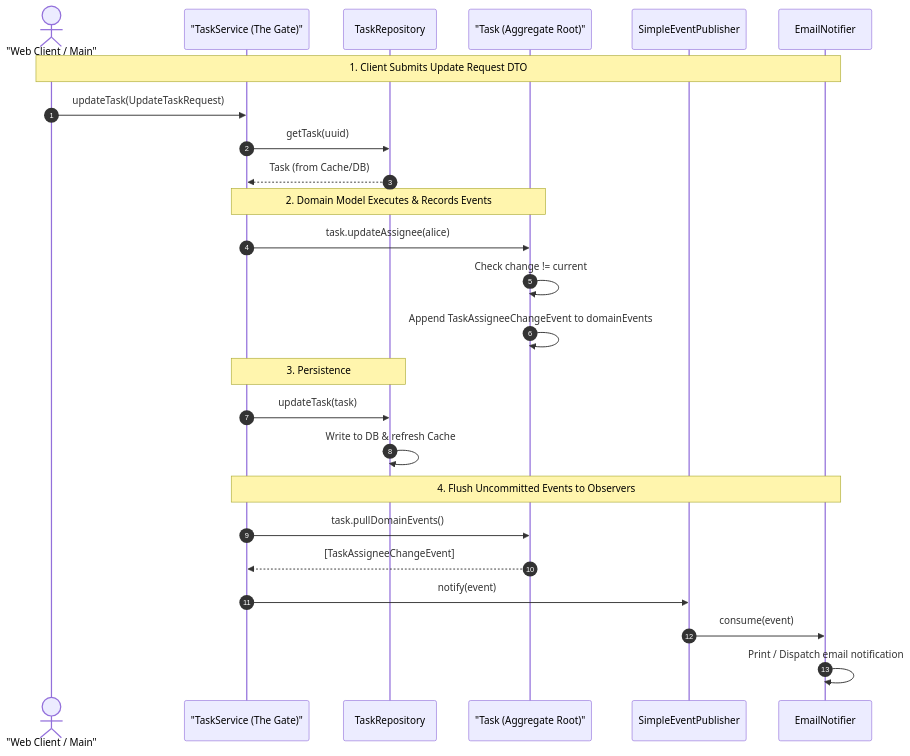
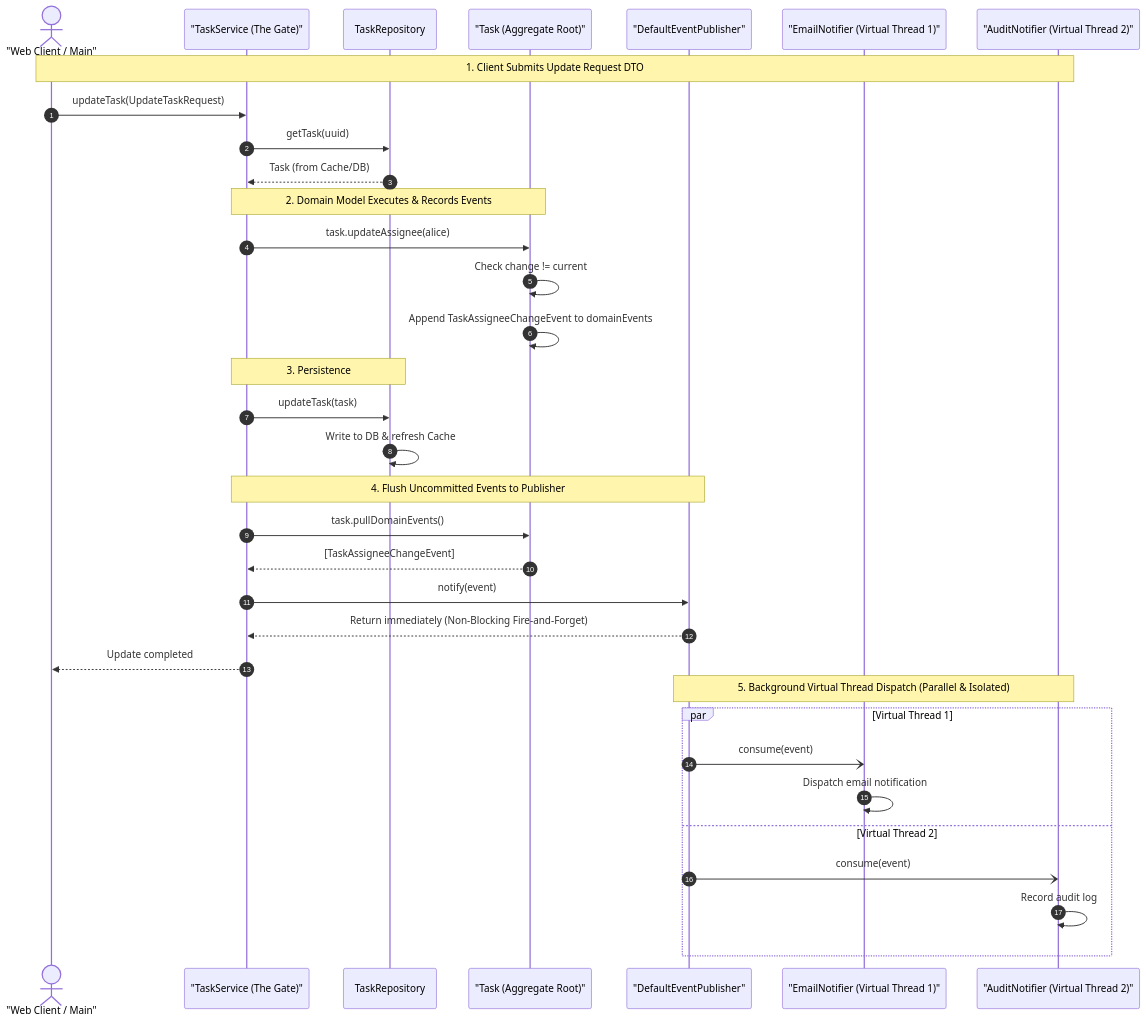
One commit to JyotimoyKashyap/system-design-labs changed the third of 5 diagrams in task-management-system/README.md. Above: the diagram before and after it, drawn with Mermaid. The commit also changed other lines of this file, not shown here.

````diff
--- a/task-management-system/README.md
+++ b/task-management-system/README.md
@@ -449,31 +470,41 @@
 ```mermaid
 sequenceDiagram
     autonumber
     actor Client as "Web Client / Main"
     participant Service as "TaskService (The Gate)"
     participant Repo as TaskRepository
     participant Task as "Task (Aggregate Root)"
-    participant Pub as SimpleEventPublisher
-    participant Sub as EmailNotifier
+    participant Pub as "DefaultEventPublisher"
+    participant Sub1 as "EmailNotifier (Virtual Thread 1)"
+    participant Sub2 as "AuditNotifier (Virtual Thread 2)"
 
-    Note over Client,Sub: 1. Client Submits Update Request DTO
+    Note over Client,Sub2: 1. Client Submits Update Request DTO
     Client->>Service: updateTask(UpdateTaskRequest)
     Service->>Repo: getTask(uuid)
     Repo-->>Service: Task (from Cache/DB)
 
     Note over Service,Task: 2. Domain Model Executes & Records Events
     Service->>Task: task.updateAssignee(alice)
     Task->>Task: Check change != current
     Task->>Task: Append TaskAssigneeChangeEvent to domainEvents
 
     Note over Service,Repo: 3. Persistence
     Service->>Repo: updateTask(task)
     Repo->>Repo: Write to DB & refresh Cache
 
-    Note over Service,Sub: 4. Flush Uncommitted Events to Observers
+    Note over Service,Pub: 4. Flush Uncommitted Events to Publisher
     Service->>Task: task.pullDomainEvents()
     Task-->>Service: [TaskAssigneeChangeEvent]
     Service->>Pub: notify(event)
-    Pub->>Sub: consume(event)
-    Sub->>Sub: Print / Dispatch email notification
+    Pub-->>Service: Return immediately (Non-Blocking Fire-and-Forget)
+    Service-->>Client: Update completed
+
+    Note over Pub,Sub2: 5. Background Virtual Thread Dispatch (Parallel & Isolated)
+    par Virtual Thread 1
+        Pub-)Sub1: consume(event)
+        Sub1->>Sub1: Dispatch email notification
+    and Virtual Thread 2
+        Pub-)Sub2: consume(event)
+        Sub2->>Sub2: Record audit log
+    end
 ```
````
